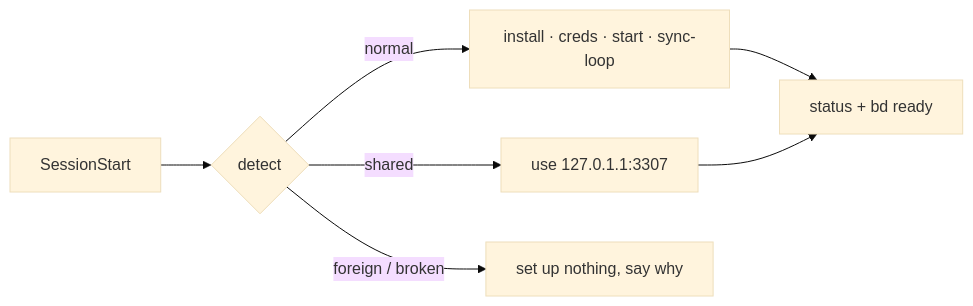
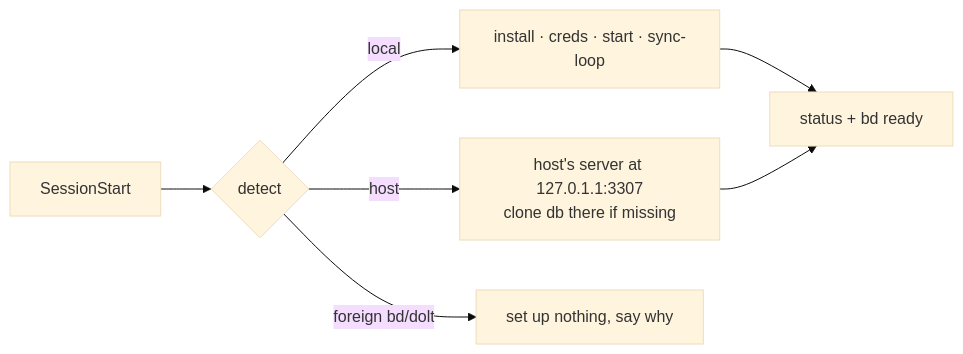
One commit to lago-morph/k8s-platform changed the diagram in ai/beads-dolthub.md. Above: the diagram before and after it, drawn with Mermaid (base theme). The commit also changed other lines of this file and 17 other files, not shown here.

````diff
--- a/ai/beads-dolthub.md
+++ b/ai/beads-dolthub.md
@@ -28,9 +31,9 @@
 ```mermaid
 flowchart LR
   A[SessionStart] --> B{detect}
-  B -- normal --> C[install · creds · start · sync-loop]
-  B -- shared --> D[use 127.0.1.1:3307]
-  B -- foreign / broken --> E[set up nothing, say why]
+  B -- local --> C[install · creds · start · sync-loop]
+  B -- host --> D[host's server at 127.0.1.1:3307<br/>clone db there if missing]
+  B -- foreign bd/dolt --> E[set up nothing, say why]
   C --> F[status + bd ready]
   D --> F
 ```
````
